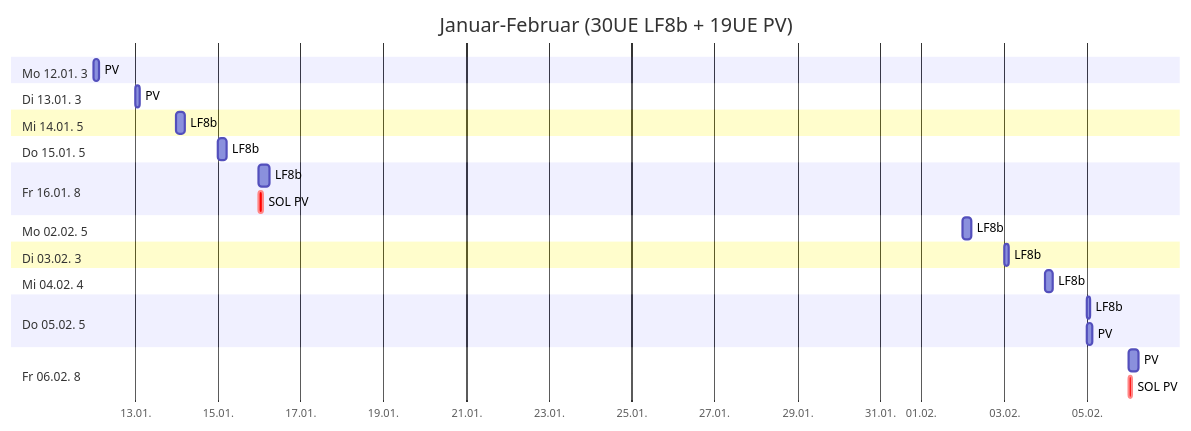
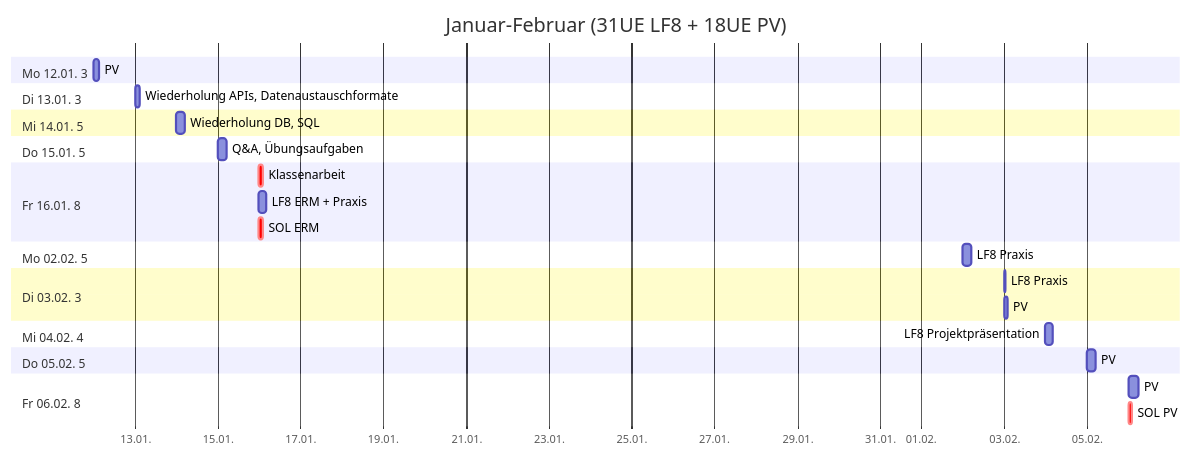
One commit to jonasnemeth/LF7 changed the fourth of 6 diagrams in src/plan.md. Above: the diagram before and after it, drawn with Mermaid. The commit also changed other lines of this file, not shown here.

````diff
--- a/src/plan.md
+++ b/src/plan.md
@@ -74,29 +72,30 @@
 ```mermaid
 gantt
- title Januar-Februar (30UE LF8b + 19UE PV)
+ title Januar-Februar (31UE LF8 + 18UE PV)
  dateFormat YYYY-MM-DD
  axisFormat %d.%m.
  section Mo 12.01. 3
-  PV                          :2026-01-12, 3h
+  PV                         :2026-01-12, 3h
  section Di 13.01. 3
-  PV                          :2026-01-13, 3h
+  Wiederholung APIs, Datenaustauschformate  :2026-01-13, 3h
  section Mi 14.01. 5
-  LF8b                        :2026-01-14, 5h
+  Wiederholung DB, SQL       :2026-01-14, 5h
  section Do 15.01. 5
-  LF8b                        :2026-01-15, 5h
+  Q&A, Übungsaufgaben        :2026-01-15, 5h
  section Fr 16.01. 8
-  LF8b                        :2026-01-16, 6h
-  SOL PV                      :crit, 2026-01-16, 2h
+  Klassenarbeit              :crit, 2026-01-16, 2h
+  LF8 ERM + Praxis           :2026-01-16, 4h
+  SOL ERM                    :crit, 2026-01-16, 2h
  section Mo 02.02. 5
-  LF8b                        :2026-02-02, 5h
+  LF8 Praxis                 :2026-02-02, 5h
  section Di 03.02. 3
-  LF8b                        :2026-02-03, 3h
+  LF8 Praxis                 :2026-02-03, 1h
+  PV                         :2026-02-03, 2h
  section Mi 04.02. 4
-  LF8b                        :2026-02-04, 4h
+  LF8 Projektpräsentation    :2026-02-04, 4h
  section Do 05.02. 5
-  LF8b                        :2026-02-05, 2h
-  PV                          :2026-02-05, 3h
+  PV                         :2026-02-05, 5h
  section Fr 06.02. 8
-  PV                          :2026-02-06, 6h
-  SOL PV                      :crit, 2026-02-06, 2h
+  PV                         :2026-02-06, 6h
+  SOL PV                     :crit, 2026-02-06, 2h
 ```
````
